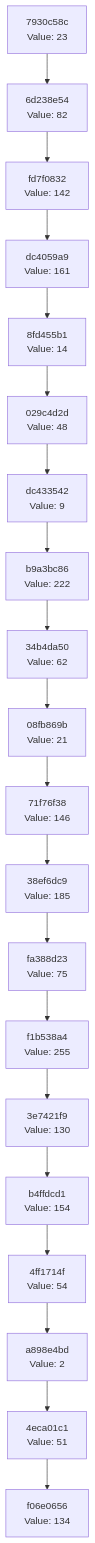
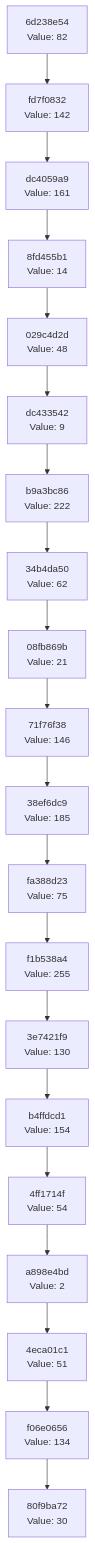
One commit to Abhisheksinha1506/hash-chain-evolver changed the diagram in docs/CHAIN_VISUALIZATION.md. Above: the diagram before and after it, drawn with Mermaid. The commit also changed 3 other files, not shown here.

````diff
--- a/docs/CHAIN_VISUALIZATION.md
+++ b/docs/CHAIN_VISUALIZATION.md
@@ -3,42 +3,42 @@
 ```mermaid
 graph TD
-    C0["f06e0656<br/>Value: 134"]
-    C1["4eca01c1<br/>Value: 51"]
+    C0["80f9ba72<br/>Value: 30"]
+    C1["f06e0656<br/>Value: 134"]
     C1 --> C0
-    C2["a898e4bd<br/>Value: 2"]
+    C2["4eca01c1<br/>Value: 51"]
     C2 --> C1
-    C3["4ff1714f<br/>Value: 54"]
+    C3["a898e4bd<br/>Value: 2"]
     C3 --> C2
-    C4["b4ffdcd1<br/>Value: 154"]
+    C4["4ff1714f<br/>Value: 54"]
     C4 --> C3
-    C5["3e7421f9<br/>Value: 130"]
+    C5["b4ffdcd1<br/>Value: 154"]
     C5 --> C4
-    C6["f1b538a4<br/>Value: 255"]
+    C6["3e7421f9<br/>Value: 130"]
     C6 --> C5
-    C7["fa388d23<br/>Value: 75"]
+    C7["f1b538a4<br/>Value: 255"]
     C7 --> C6
-    C8["38ef6dc9<br/>Value: 185"]
+    C8["fa388d23<br/>Value: 75"]
     C8 --> C7
-    C9["71f76f38<br/>Value: 146"]
+    C9["38ef6dc9<br/>Value: 185"]
     C9 --> C8
-    C10["08fb869b<br/>Value: 21"]
+    C10["71f76f38<br/>Value: 146"]
     C10 --> C9
-    C11["34b4da50<br/>Value: 62"]
+    C11["08fb869b<br/>Value: 21"]
     C11 --> C10
-    C12["b9a3bc86<br/>Value: 222"]
+    C12["34b4da50<br/>Value: 62"]
     C12 --> C11
-    C13["dc433542<br/>Value: 9"]
+    C13["b9a3bc86<br/>Value: 222"]
     C13 --> C12
-    C14["029c4d2d<br/>Value: 48"]
+    C14["dc433542<br/>Value: 9"]
     C14 --> C13
-    C15["8fd455b1<br/>Value: 14"]
+    C15["029c4d2d<br/>Value: 48"]
     C15 --> C14
-    C16["dc4059a9<br/>Value: 161"]
+    C16["8fd455b1<br/>Value: 14"]
     C16 --> C15
-    C17["fd7f0832<br/>Value: 142"]
+    C17["dc4059a9<br/>Value: 161"]
     C17 --> C16
-    C18["6d238e54<br/>Value: 82"]
+    C18["fd7f0832<br/>Value: 142"]
     C18 --> C17
-    C19["7930c58c<br/>Value: 23"]
+    C19["6d238e54<br/>Value: 82"]
     C19 --> C18
 ```
````
